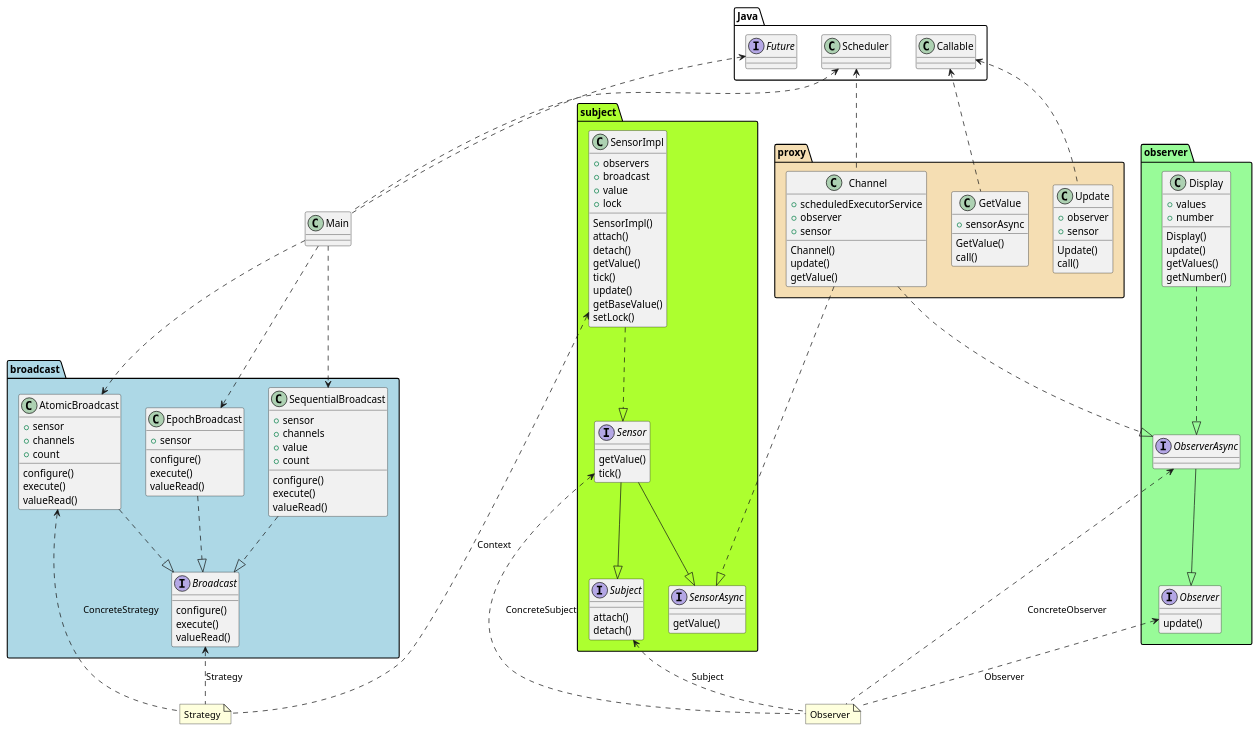
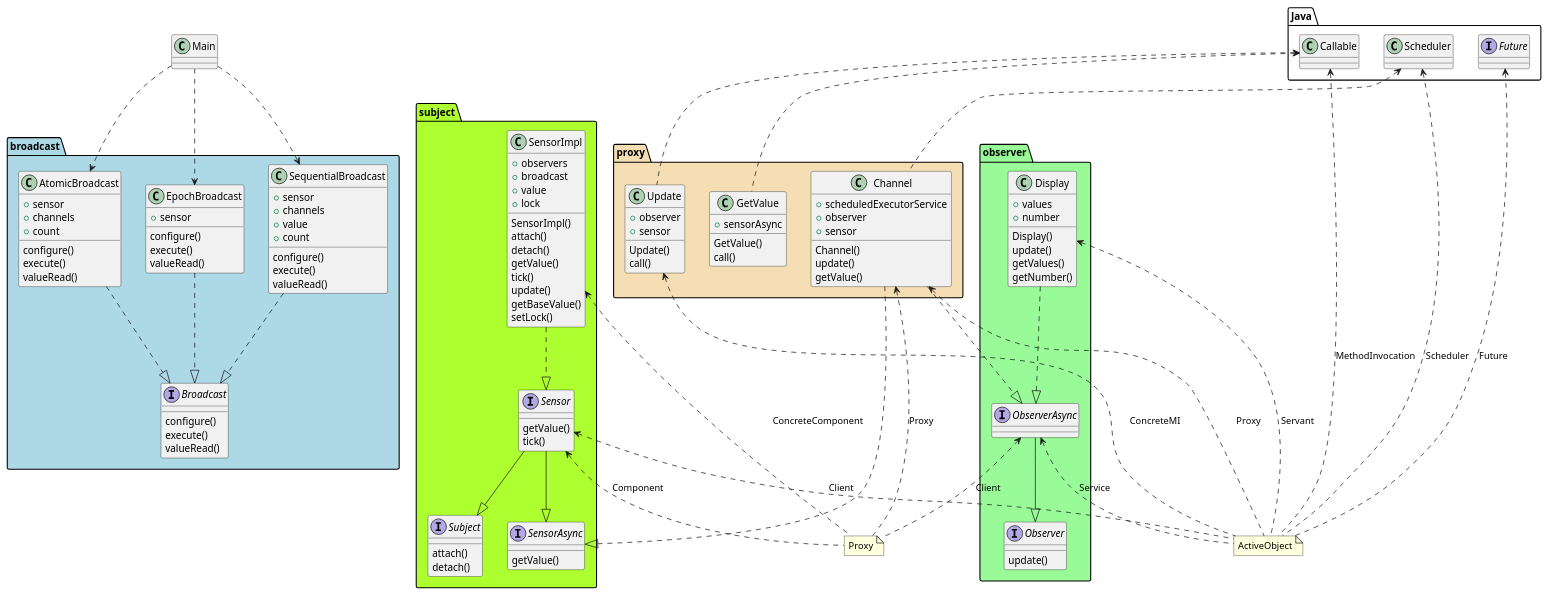
The diagram in AOC_ActiveObject.puml (ThomasOrgeval/ACO-Observer), drawn with PlantUML before and after one commit. The commit also changed 1 other file, not shown here.

```diff
--- a/AOC_ActiveObject.puml
+++ b/AOC_ActiveObject.puml
@@ -1,146 +1,149 @@
 @startuml
 
 package broadcast #lightblue {
   class AtomicBroadcast {
       + sensor
       + channels
       + count
       configure()
       execute()
       valueRead()
   }
   interface Broadcast {
       configure()
       execute()
       valueRead()
   }
   class EpochBroadcast {
       +sensor
       configure()
       execute()
       valueRead()
   }
   class SequentialBroadcast {
       +sensor
       +channels
       +value
       +count
       configure()
       execute()
       valueRead()
   }
 }
 
 package observer #PaleGreen {
   class Display {
   Display()
   update()
   getValues()
   getNumber()
   +values
   +number
   }
   interface Observer {
   update()
   }
   interface ObserverAsync {
   }
 }
 
 package proxy #Wheat {
   class Channel {
   Channel()
   update()
   getValue()
   +scheduledExecutorService
   +observer
   +sensor
   }
   class GetValue {
   GetValue()
   call()
   +sensorAsync
   }
   class Update {
   Update()
   call()
   +observer
   +sensor
   }
 }
 
 package subject #GreenYellow {
   interface Sensor {
     getValue()
     tick()
   }
   interface SensorAsync {
   getValue()
   }
   class SensorImpl {
   SensorImpl()
   attach()
   detach()
   getValue()
   tick()
   update()
   getBaseValue()
   setLock()
   +observers
   +broadcast
   +value
   +lock
   }
   interface Subject {
   attach()
   detach()
   }
 }
 
 package Java {
   interface Future {
   }
   class Scheduler {
   }
   class Callable {
   }
 }
 class Main {
 }
 
 Sensor --|> Subject
 Sensor --|> SensorAsync
 ObserverAsync --|> Observer
 Display ..|> ObserverAsync
 
 Channel ..|> ObserverAsync
 Channel ..|> SensorAsync
 
 SensorImpl ..|> Sensor
 
 AtomicBroadcast ..|> Broadcast
 EpochBroadcast ..|> Broadcast
 SequentialBroadcast ..|> Broadcast
 
 Main ..> AtomicBroadcast
 Main ..> EpochBroadcast
 Main ..> SequentialBroadcast
 
 Scheduler <.. Channel
-Scheduler <.. Main
-Future <.. Main
 Callable <.. GetValue
 Callable <.. Update
 
-note "Observer" as N1
-Observer <.. N1 : Observer
-Subject <.. N1 : Subject
-Sensor <.. N1 : ConcreteSubject
-ObserverAsync <.. N1 : ConcreteObserver
+note "ActiveObject" as N1
+Future <.. N1 : Future
+Callable <.. N1 : MethodInvocation
+Update <.. N1 : ConcreteMI
+Scheduler <.. N1 : Scheduler
+Channel <.. N1 : Proxy
+Display <.. N1 : Servant
+ObserverAsync <.. N1 : Service
+Sensor <.. N1 : Client
 
-note "Strategy" as N2
-SensorImpl <.. N2 : Context
-AtomicBroadcast <.. N2 : ConcreteStrategy
-Broadcast <.. N2 : Strategy
+note "Proxy" as N2
+Channel <.. N2 : Proxy
+ObserverAsync <.. N2 : Client
+SensorImpl <.. N2 : ConcreteComponent
+Sensor <.. N2 : Component
 
 @enduml
```
